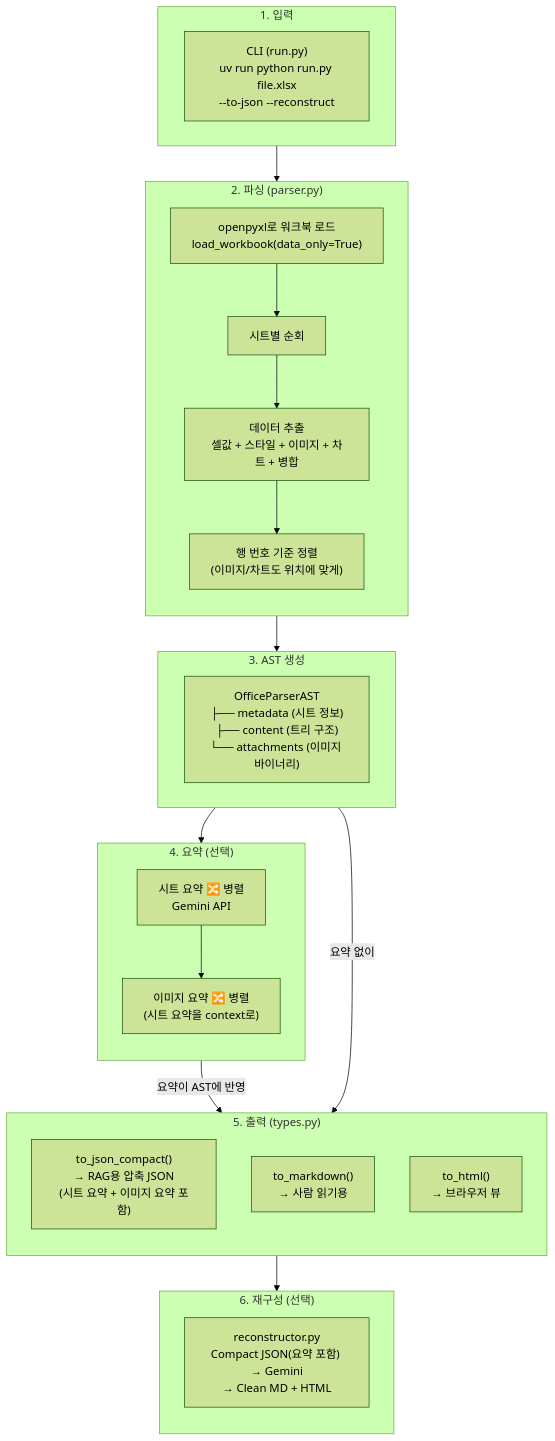
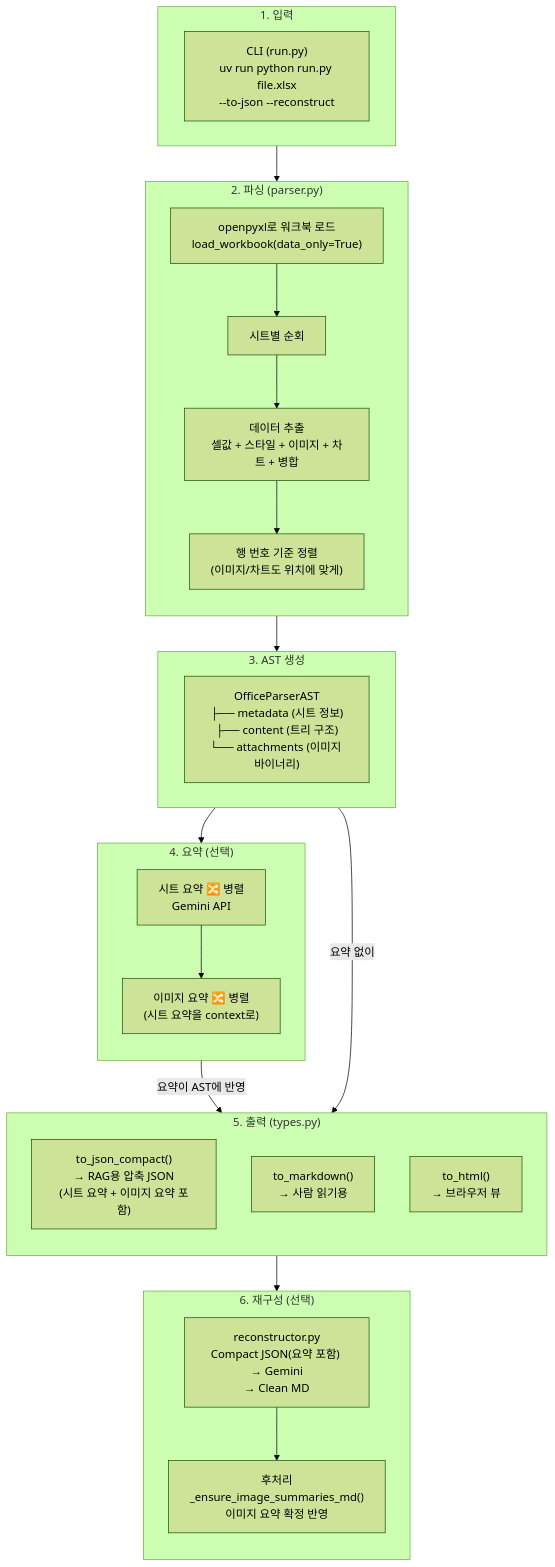
One commit to daekeun-ml/doc-parser changed the diagram in workflow.md. Above: the diagram before and after it, drawn with Mermaid (forest theme). The commit also changed other lines of this file and 2 other files, not shown here.

First line of the commit message:
Separate image processing from Gemini reconstruct pipeline

````diff
--- a/workflow.md
+++ b/workflow.md
@@ -37,44 +37,46 @@
 ```mermaid
 flowchart TB
     subgraph INPUT["1. 입력"]
         CLI["CLI (run.py)<br/>uv run python run.py file.xlsx<br/>--to-json --reconstruct"]
     end
 
     subgraph PARSE["2. 파싱 (parser.py)"]
         direction TB
         LOAD["openpyxl로 워크북 로드<br/>load_workbook(data_only=True)"]
         SHEET["시트별 순회"]
         EXTRACT["데이터 추출<br/>셀값 + 스타일 + 이미지 + 차트 + 병합"]
         SORT["행 번호 기준 정렬<br/>(이미지/차트도 위치에 맞게)"]
         LOAD --> SHEET --> EXTRACT --> SORT
     end
 
     subgraph AST_LAYER["3. AST 생성"]
         AST["OfficeParserAST<br/>├── metadata (시트 정보)<br/>├── content (트리 구조)<br/>└── attachments (이미지 바이너리)"]
     end
 
     subgraph SUMMARY["4. 요약 (선택)"]
         direction TB
         SHEET_SUM["시트 요약 🔀 병렬<br/>Gemini API"]
         IMG_SUM["이미지 요약 🔀 병렬<br/>(시트 요약을 context로)"]
         SHEET_SUM --> IMG_SUM
     end
 
     subgraph OUTPUT["5. 출력 (types.py)"]
         direction TB
         JSON_OUT["to_json_compact()<br/>→ RAG용 압축 JSON<br/>(시트 요약 + 이미지 요약 포함)"]
         MD_OUT["to_markdown()<br/>→ 사람 읽기용"]
         HTML_OUT["to_html()<br/>→ 브라우저 뷰"]
     end
 
     subgraph RECONSTRUCT["6. 재구성 (선택)"]
         direction TB
-        RC["reconstructor.py<br/>Compact JSON(요약 포함) → Gemini<br/>→ Clean MD + HTML"]
+        RC["reconstructor.py<br/>Compact JSON(요약 포함) → Gemini<br/>→ Clean MD"]
+        POST["후처리<br/>_ensure_image_summaries_md()<br/>이미지 요약 확정 반영"]
+        RC --> POST
     end
 
     INPUT --> PARSE --> AST_LAYER
     AST_LAYER --> SUMMARY
     SUMMARY -->|"요약이 AST에 반영"| OUTPUT
     AST_LAYER -->|"요약 없이"| OUTPUT
     OUTPUT --> RECONSTRUCT
 ```
````
